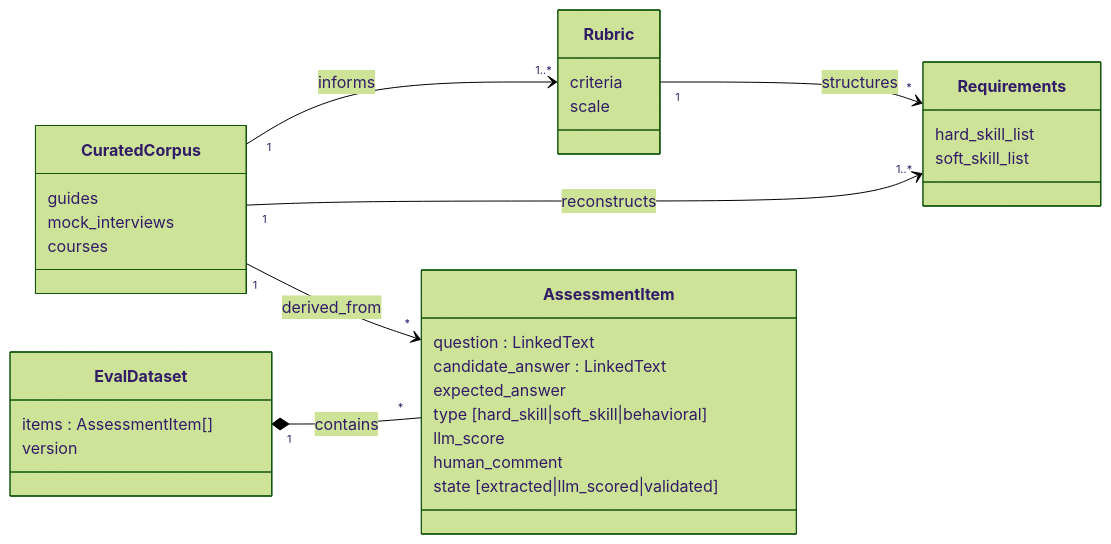
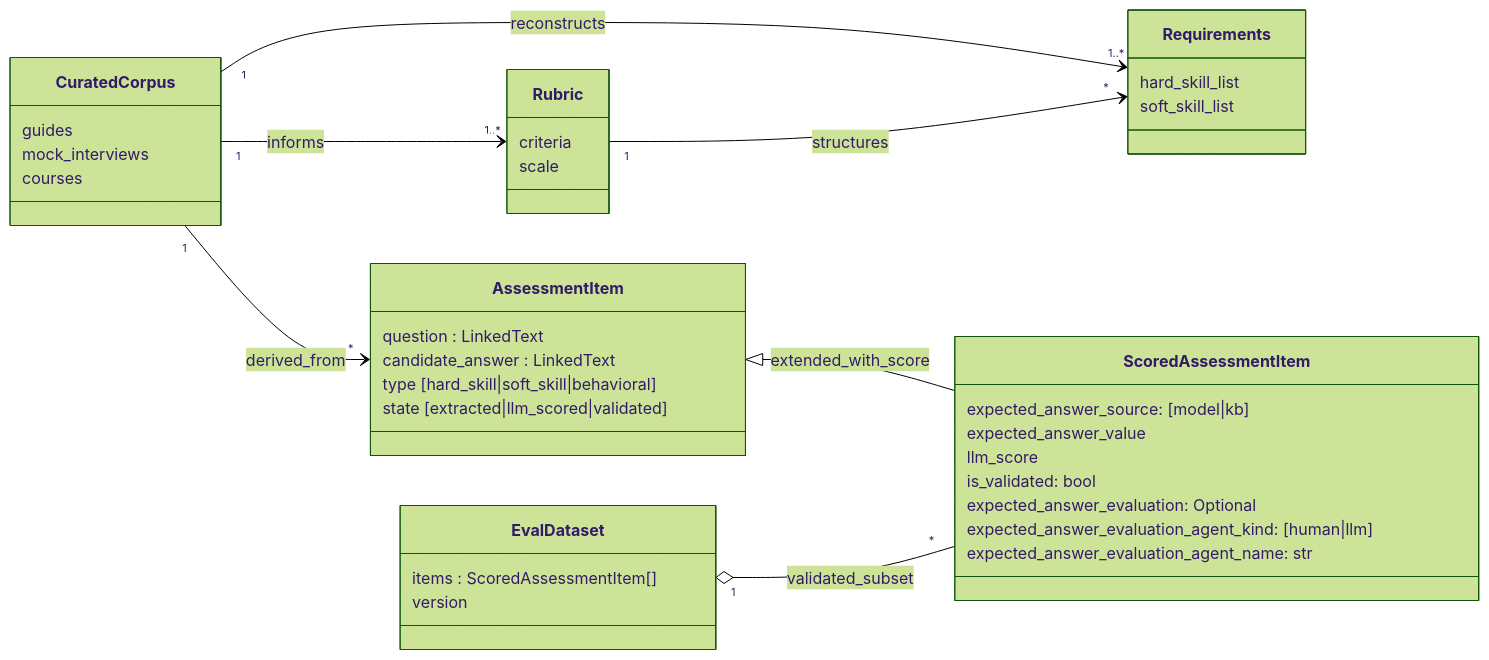
Before and after one commit to margomrkv/interview-debrief-assistant: the third of 5 diagrams in md/spec.md, drawn with Mermaid (forest theme). The commit also changed other lines of this file and 1 other file, not shown here.

````diff
--- a/md/spec.md
+++ b/md/spec.md
@@ -218,37 +221,44 @@
 ```mermaid
 classDiagram
     direction LR
 
     class CuratedCorpus {
         guides
         mock_interviews
         courses
     }
     class Rubric {
         criteria
         scale
     }
     class Requirements {
         hard_skill_list
         soft_skill_list
     }
     class AssessmentItem {
         question : LinkedText
         candidate_answer : LinkedText
-        expected_answer
         type [hard_skill|soft_skill|behavioral]
-        llm_score
-        human_comment
         state [extracted|llm_scored|validated]
     }
+    class ScoredAssessmentItem {
+        expected_answer_source: [model|kb]
+        expected_answer_value
+        llm_score
+        is_validated: bool
+        expected_answer_evaluation: Optional
+        expected_answer_evaluation_agent_kind: [human|llm]
+        expected_answer_evaluation_agent_name: str
+    }
     class EvalDataset {
-        items : AssessmentItem[]
+        items : ScoredAssessmentItem[]
         version
     }
 
     CuratedCorpus "1" --> "1..*" Rubric : informs
     CuratedCorpus "1" --> "1..*" Requirements : reconstructs
     Rubric "1" --> "*" Requirements : structures
     CuratedCorpus "1" --> "*" AssessmentItem : derived_from
-    EvalDataset "1" *-- "*" AssessmentItem : contains
+    AssessmentItem <|-- ScoredAssessmentItem : extended_with_score
+    EvalDataset "1" o-- "*" ScoredAssessmentItem : validated_subset
 ```
````
